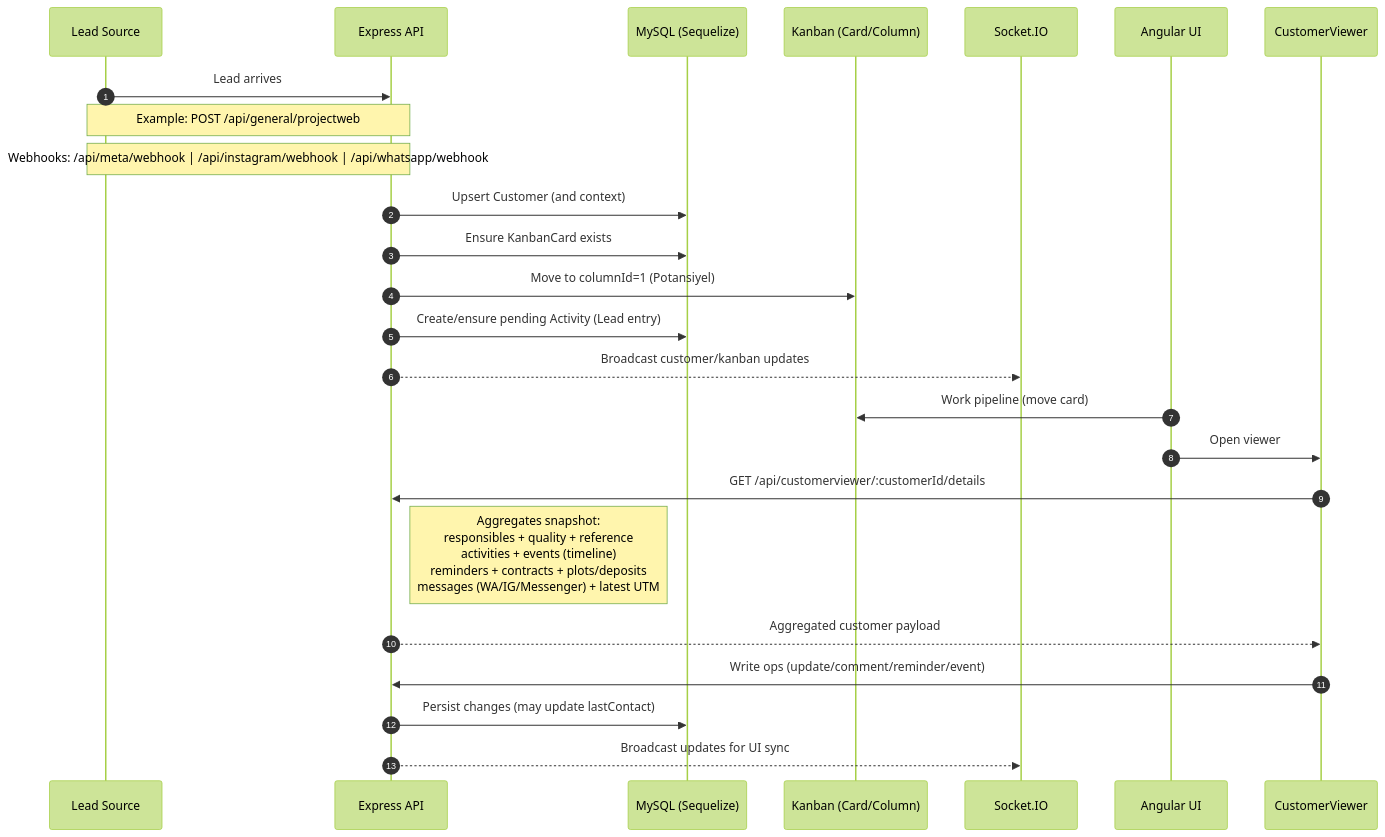
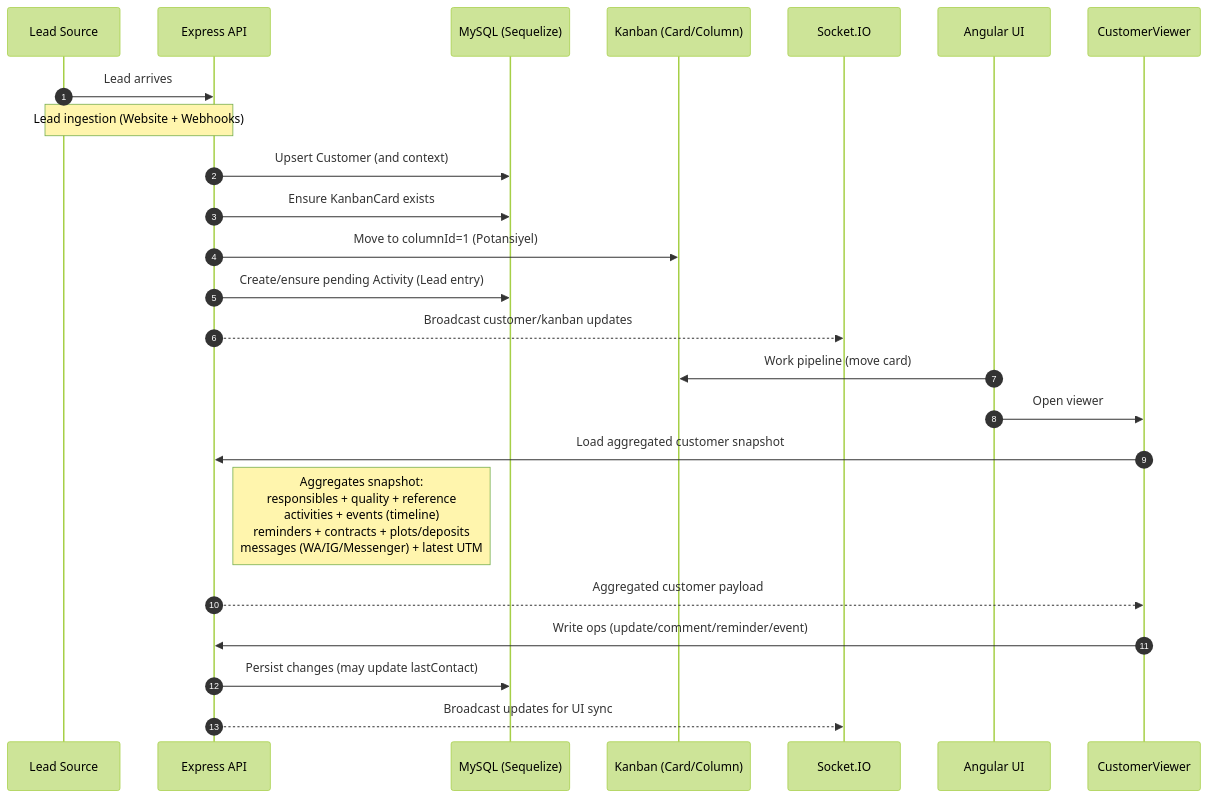
One commit to qetuo975/Modern-CRM changed the second of 3 diagrams in README.md. Above: the diagram before and after it, drawn with Mermaid (forest theme). The commit also changed other lines of this file, not shown here.

````diff
--- a/README.md
+++ b/README.md
@@ -85,31 +85,30 @@
 ```mermaid
 sequenceDiagram
   autonumber
   participant Src as Lead Source
   participant Api as Express API
   participant Db as MySQL (Sequelize)
   participant Kb as Kanban (Card/Column)
   participant Rt as Socket.IO
   participant Ui as Angular UI
   participant Cv as CustomerViewer
 
   Src->>Api: Lead arrives
-  Note over Src,Api: Example: POST /api/general/projectweb
-  Note over Src,Api: Webhooks: /api/meta/webhook | /api/instagram/webhook | /api/whatsapp/webhook
+	Note over Src,Api: Lead ingestion (Website + Webhooks)
 
   Api->>Db: Upsert Customer (and context)
   Api->>Db: Ensure KanbanCard exists
   Api->>Kb: Move to columnId=1 (Potansiyel)
   Api->>Db: Create/ensure pending Activity (Lead entry)
   Api-->>Rt: Broadcast customer/kanban updates
 
   Ui->>Kb: Work pipeline (move card)
   Ui->>Cv: Open viewer
-  Cv->>Api: GET /api/customerviewer/:customerId/details
+	Cv->>Api: Load aggregated customer snapshot
   Note right of Api: Aggregates snapshot:<br/>responsibles + quality + reference<br/>activities + events (timeline)<br/>reminders + contracts + plots/deposits<br/>messages (WA/IG/Messenger) + latest UTM
   Api-->>Cv: Aggregated customer payload
 
   Cv->>Api: Write ops (update/comment/reminder/event)
   Api->>Db: Persist changes (may update lastContact)
   Api-->>Rt: Broadcast updates for UI sync
 ```
````
